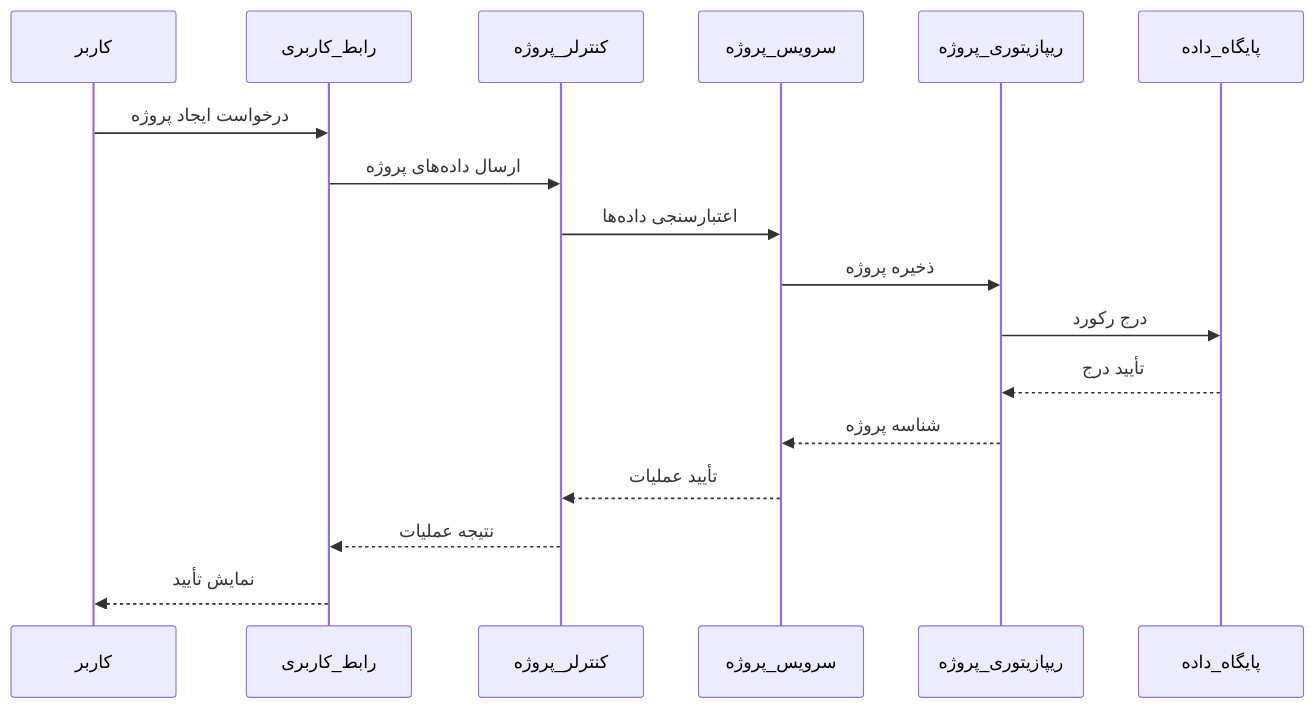
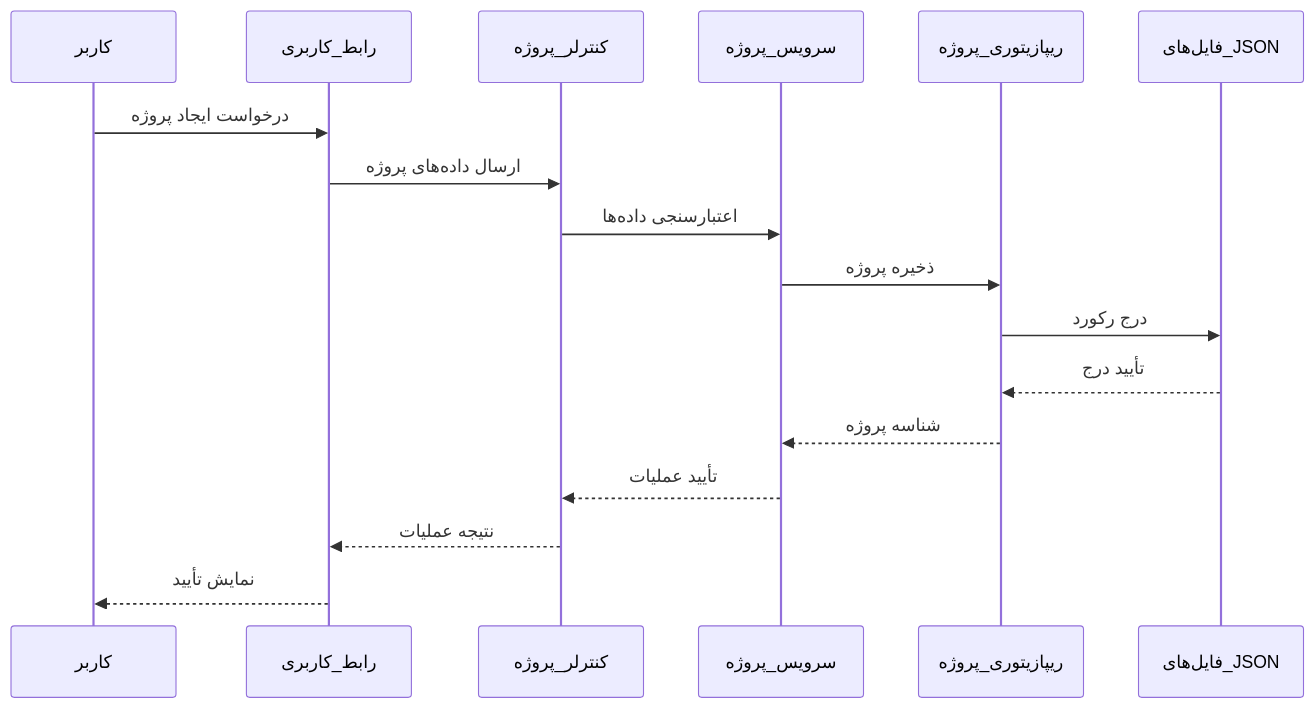
One commit to Shakour-Data/GravityManagement changed the tenth of 18 diagrams in Docs/Architecture_doc.md. Above: the diagram before and after it, drawn with Mermaid. The commit also changed other lines of this file and 2 other files, not shown here.

Commit message:
`Updated Architecture and Process documentation with new features and improvements`

````diff
--- a/Docs/Architecture_doc.md
+++ b/Docs/Architecture_doc.md
@@ -523,20 +697,20 @@
 ```mermaid
 sequenceDiagram
     participant کاربر
     participant رابط_کاربری
     participant کنترلر_پروژه
     participant سرویس_پروژه
     participant ریپازیتوری_پروژه
-    participant پایگاه_داده
-    
+    participant فایل‌های_JSON
+
     کاربر->>رابط_کاربری: درخواست ایجاد پروژه
     رابط_کاربری->>کنترلر_پروژه: ارسال داده‌های پروژه
     کنترلر_پروژه->>سرویس_پروژه: اعتبارسنجی داده‌ها
     سرویس_پروژه->>ریپازیتوری_پروژه: ذخیره پروژه
-    ریپازیتوری_پروژه->>پایگاه_داده: درج رکورد
-    پایگاه_داده-->>ریپازیتوری_پروژه: تأیید درج
+    ریپازیتوری_پروژه->>فایل‌های_JSON: درج رکورد
+    فایل‌های_JSON-->>ریپازیتوری_پروژه: تأیید درج
     ریپازیتوری_پروژه-->>سرویس_پروژه: شناسه پروژه
     سرویس_پروژه-->>کنترلر_پروژه: تأیید عملیات
     کنترلر_پروژه-->>رابط_کاربری: نتیجه عملیات
     رابط_کاربری-->>کاربر: نمایش تأیید
 ```
````
